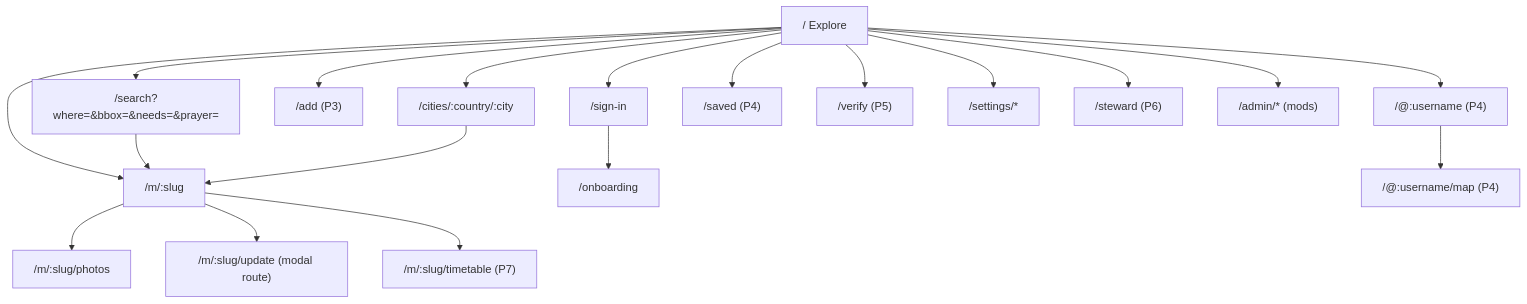
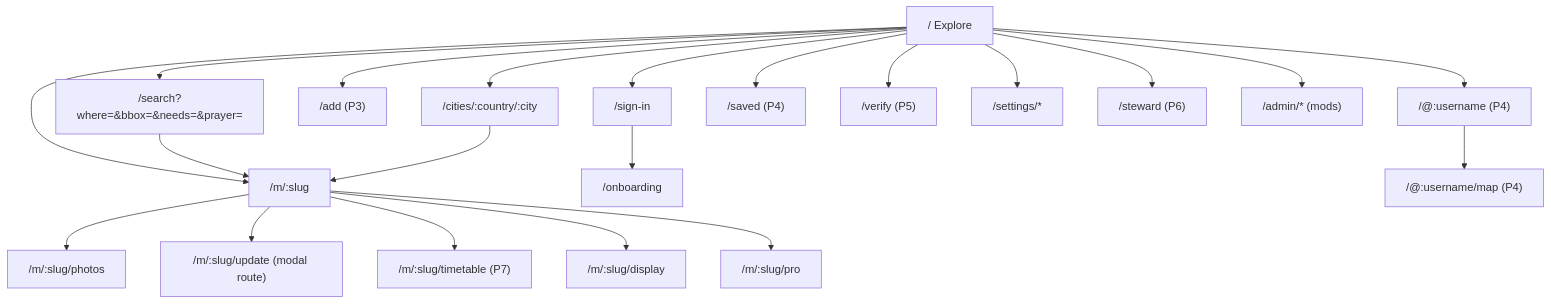
Before and after one commit to wahabshaikh/mosques.world: the first of 2 diagrams in docs/spec/04-sitemap-screens-flows.md, drawn with Mermaid. The commit also changed other lines of this file and 53 other files, not shown here.

Commit message:
Add Masjid Pro lobby screen

````diff
--- a/docs/spec/04-sitemap-screens-flows.md
+++ b/docs/spec/04-sitemap-screens-flows.md
@@ -5,20 +5,22 @@
 ```mermaid
 flowchart TD
   Home["/ Explore"] --> Search["/search?where=&bbox=&needs=&prayer="]
   Home --> City["/cities/:country/:city"]
   Home --> Place["/m/:slug"]
   Search --> Place
   City --> Place
   Place --> Photos["/m/:slug/photos"]
   Place --> Update["/m/:slug/update (modal route)"]
   Place --> Timetable["/m/:slug/timetable (P7)"]
+  Place --> Lobby["/m/:slug/display"]
+  Place --> Pro["/m/:slug/pro"]
   Home --> Add["/add (P3)"]
   Home --> Auth["/sign-in"] --> Onb["/onboarding"]
   Home --> Profile["/@:username (P4)"]
   Profile --> PMap["/@:username/map (P4)"]
   Home --> Saved["/saved (P4)"]
   Home --> Verify["/verify (P5)"]
   Home --> Settings["/settings/*"]
   Home --> Steward["/steward (P6)"]
   Home --> Admin["/admin/* (mods)"]
 ```
````
